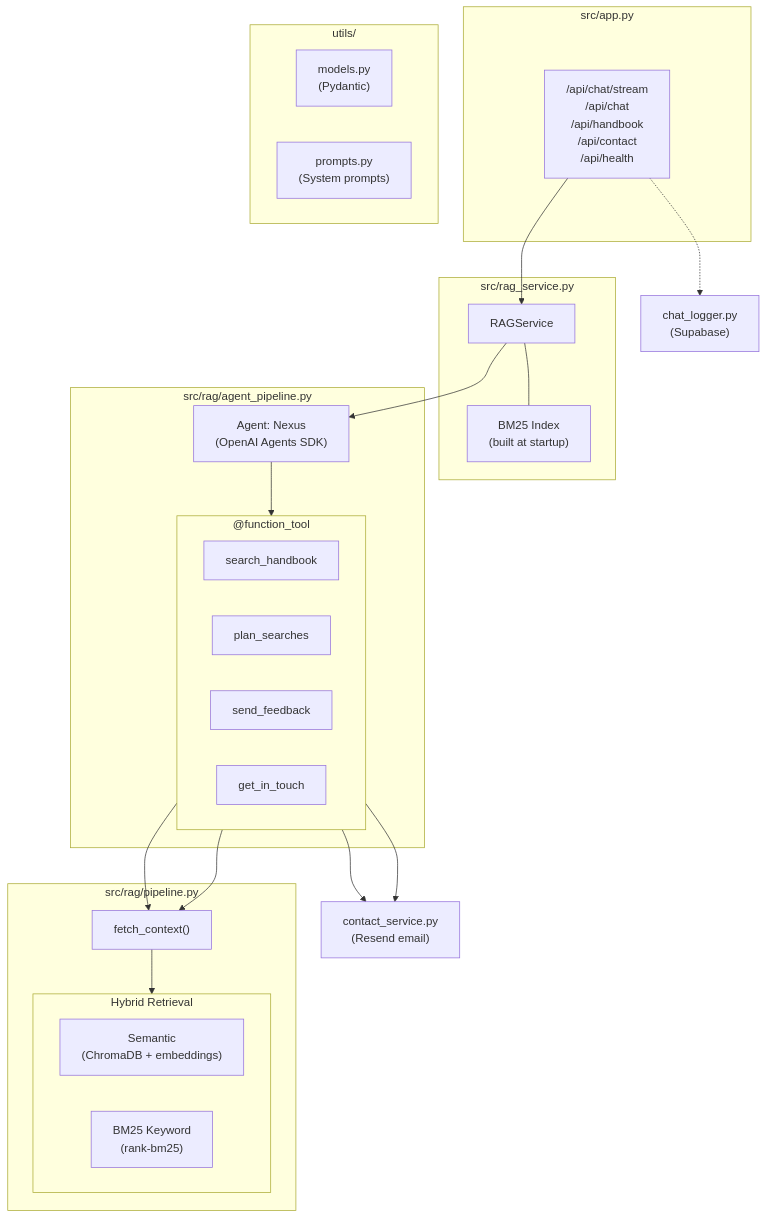
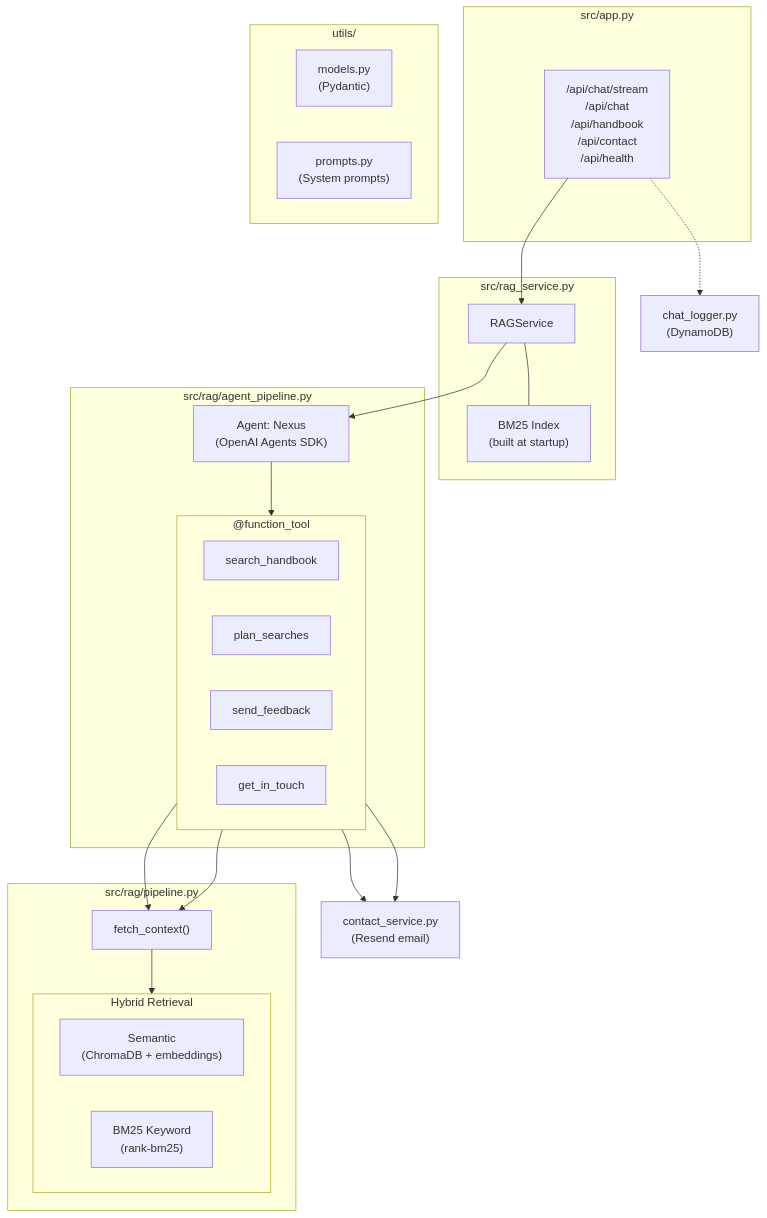
The first of 2 diagrams in backend/README.md (smvanegasp/madetech-rag-assistant), drawn with Mermaid before and after one commit. The commit also changed other lines of this file and 58 other files, not shown here.

````diff
--- a/backend/README.md
+++ b/backend/README.md
@@ -18,46 +18,46 @@
 ```mermaid
 flowchart TB
     subgraph App ["src/app.py"]
         Routes["/api/chat/stream\n/api/chat\n/api/handbook\n/api/contact\n/api/health"]
     end
 
     subgraph Service ["src/rag_service.py"]
         RS["RAGService"]
         BM25Idx["BM25 Index\n(built at startup)"]
         RS --- BM25Idx
     end
 
     subgraph Agent ["src/rag/agent_pipeline.py"]
         Nexus["Agent: Nexus\n(OpenAI Agents SDK)"]
         subgraph Tools ["@function_tool"]
             direction LR
             T1["search_handbook"]
             T2["plan_searches"]
             T3["send_feedback"]
             T4["get_in_touch"]
         end
         Nexus --> Tools
     end
 
     subgraph Pipeline ["src/rag/pipeline.py"]
         FC["fetch_context()"]
         subgraph Hybrid ["Hybrid Retrieval"]
             Semantic["Semantic\n(ChromaDB + embeddings)"]
             Keyword["BM25 Keyword\n(rank-bm25)"]
         end
         FC --> Hybrid
     end
 
     subgraph Shared ["utils/"]
         Models["models.py\n(Pydantic)"]
         Prompts["prompts.py\n(System prompts)"]
     end
 
     Routes --> RS
     RS --> Nexus
     T1 --> FC
     T2 --> FC
     T3 --> Contact["contact_service.py\n(Resend email)"]
     T4 --> Contact
-    Routes -.-> Logger["chat_logger.py\n(Supabase)"]
+    Routes -.-> Logger["chat_logger.py\n(DynamoDB)"]
 ```
````
